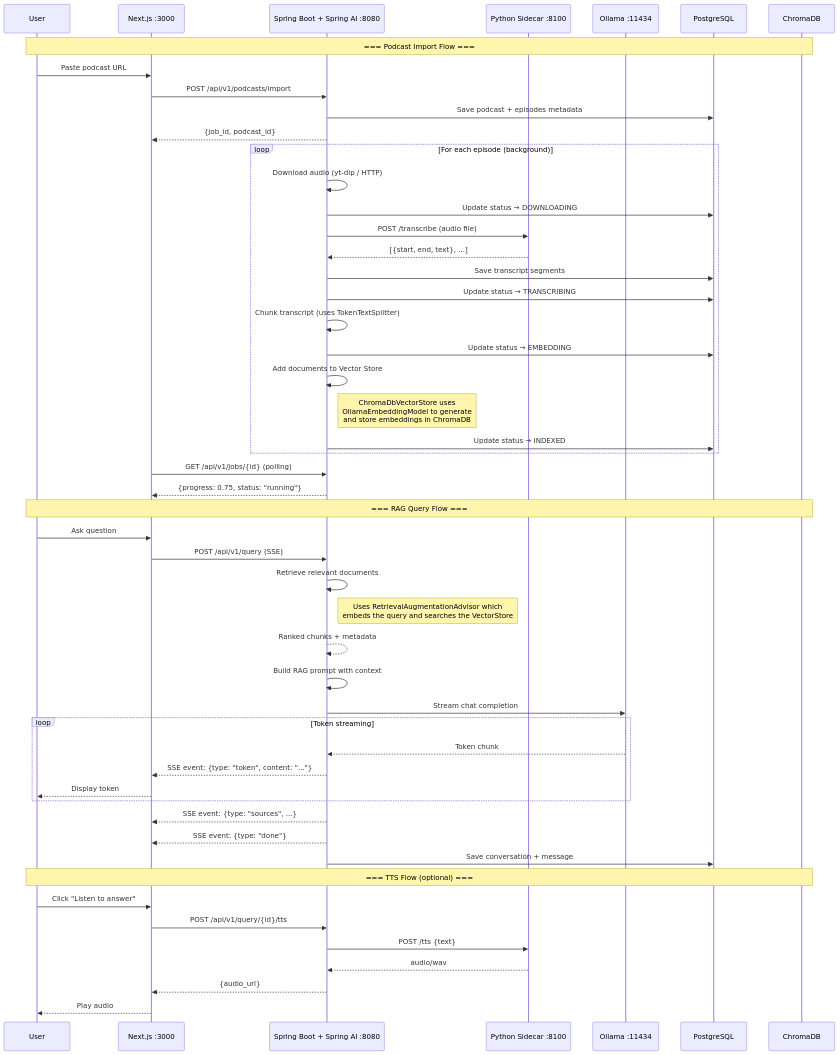
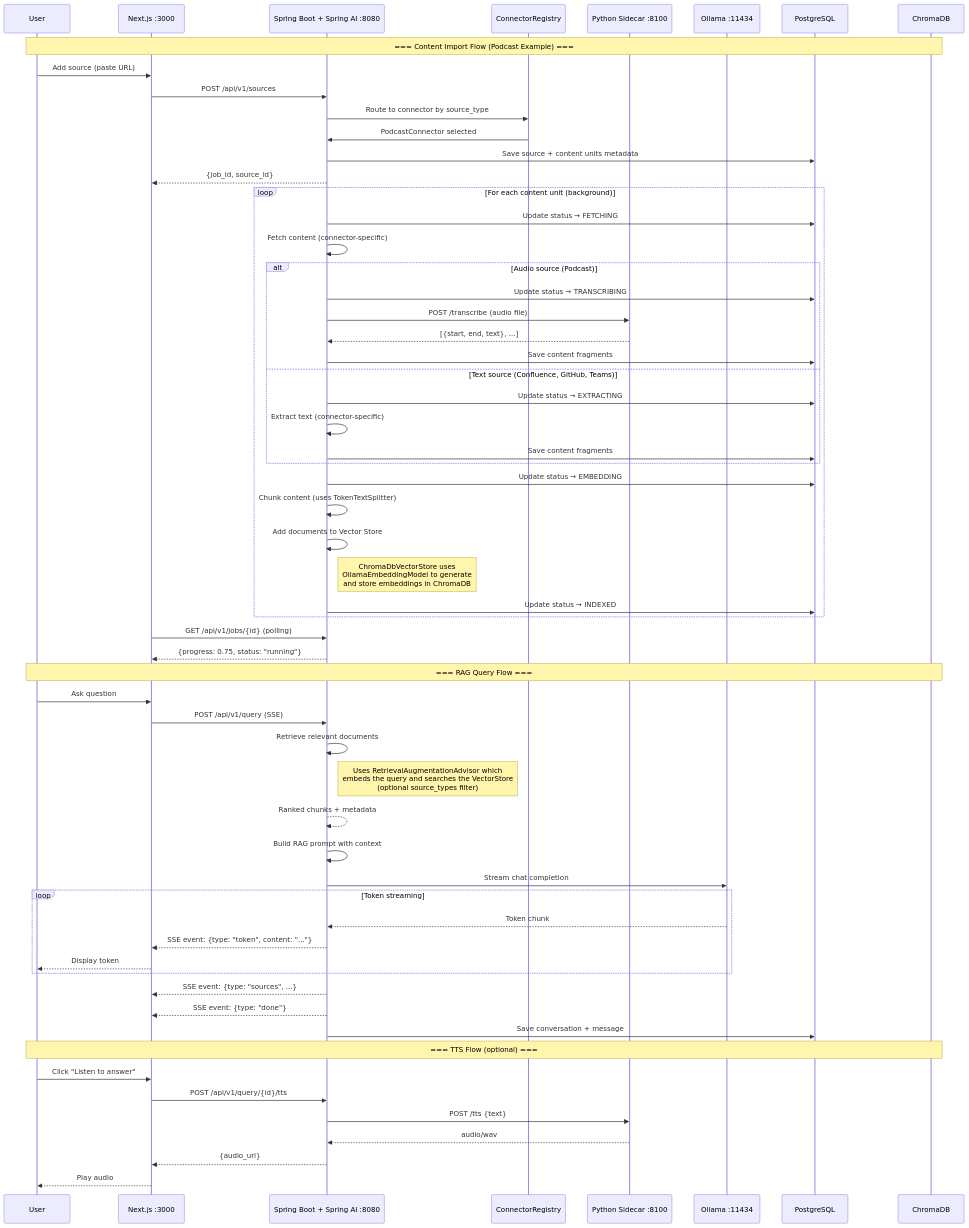
The seventh of 8 diagrams in docs/DIAGRAMS.md (jsohi/localloom), drawn with Mermaid before and after one commit. The commit also changed other lines of this file and 2 other files, not shown here.

First line of the commit message:
Generalize LocalLoom to multi-source knowledge base

````diff
--- a/docs/DIAGRAMS.md
+++ b/docs/DIAGRAMS.md
@@ -280,64 +325,75 @@
 ```mermaid
 sequenceDiagram
     participant User
     participant Frontend as Next.js :3000
     participant API as Spring Boot + Spring AI :8080
+    participant ConnReg as ConnectorRegistry
     participant Sidecar as Python Sidecar :8100
     participant Ollama as Ollama :11434
     participant DB as PostgreSQL
     participant ChromaDB
 
-    Note over User,ChromaDB: === Podcast Import Flow ===
+    Note over User,ChromaDB: === Content Import Flow (Podcast Example) ===
 
-    User->>Frontend: Paste podcast URL
-    Frontend->>API: POST /api/v1/podcasts/import
-    API->>DB: Save podcast + episodes metadata
-    API-->>Frontend: {job_id, podcast_id}
+    User->>Frontend: Add source (paste URL)
+    Frontend->>API: POST /api/v1/sources
+    API->>ConnReg: Route to connector by source_type
+    ConnReg->>API: PodcastConnector selected
+    API->>DB: Save source + content units metadata
+    API-->>Frontend: {job_id, source_id}
 
-    loop For each episode (background)
-        API->>API: Download audio (yt-dlp / HTTP)
-        API->>DB: Update status → DOWNLOADING
-        API->>Sidecar: POST /transcribe (audio file)
-        Sidecar-->>API: [{start, end, text}, ...]
-        API->>DB: Save transcript segments
-        API->>DB: Update status → TRANSCRIBING
-        API->>API: Chunk transcript (uses TokenTextSplitter)
+    loop For each content unit (background)
+        API->>DB: Update status → FETCHING
+        API->>API: Fetch content (connector-specific)
+
+        alt Audio source (Podcast)
+            API->>DB: Update status → TRANSCRIBING
+            API->>Sidecar: POST /transcribe (audio file)
+            Sidecar-->>API: [{start, end, text}, ...]
+            API->>DB: Save content fragments
+        else Text source (Confluence, GitHub, Teams)
+            API->>DB: Update status → EXTRACTING
+            API->>API: Extract text (connector-specific)
+            API->>DB: Save content fragments
+        end
+
         API->>DB: Update status → EMBEDDING
+        API->>API: Chunk content (uses TokenTextSplitter)
         API->>API: Add documents to Vector Store
         Note right of API: ChromaDbVectorStore uses<br/>OllamaEmbeddingModel to generate<br/>and store embeddings in ChromaDB
         API->>DB: Update status → INDEXED
     end
 
     Frontend->>API: GET /api/v1/jobs/{id} (polling)
     API-->>Frontend: {progress: 0.75, status: "running"}
 
     Note over User,ChromaDB: === RAG Query Flow ===
 
     User->>Frontend: Ask question
     Frontend->>API: POST /api/v1/query (SSE)
     API->>API: Retrieve relevant documents
-    Note right of API: Uses RetrievalAugmentationAdvisor which<br/>embeds the query and searches the VectorStore
+    Note right of API: Uses RetrievalAugmentationAdvisor which<br/>embeds the query and searches the VectorStore<br/>(optional source_types filter)
     API-->>API: Ranked chunks + metadata
 
     API->>API: Build RAG prompt with context
     API->>Ollama: Stream chat completion
 
     loop Token streaming
         Ollama-->>API: Token chunk
         API-->>Frontend: SSE event: {type: "token", content: "..."}
         Frontend-->>User: Display token
     end
 
     API-->>Frontend: SSE event: {type: "sources", ...}
     API-->>Frontend: SSE event: {type: "done"}
     API->>DB: Save conversation + message
 
     Note over User,ChromaDB: === TTS Flow (optional) ===
 
     User->>Frontend: Click "Listen to answer"
     Frontend->>API: POST /api/v1/query/{id}/tts
     API->>Sidecar: POST /tts {text}
     Sidecar-->>API: audio/wav
     API-->>Frontend: {audio_url}
     Frontend-->>User: Play audio
 ```
````
